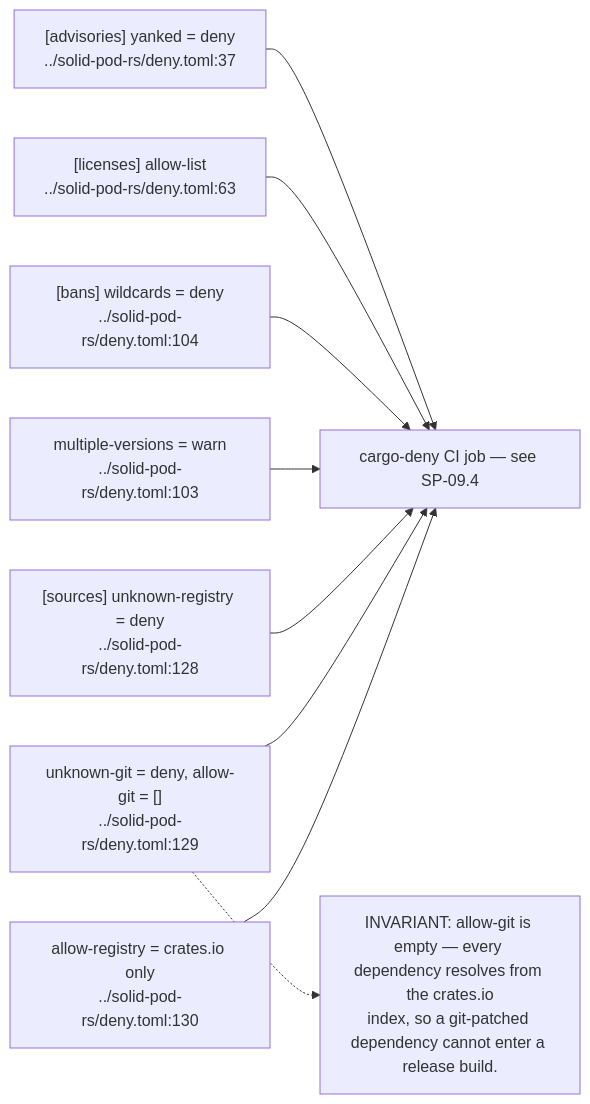
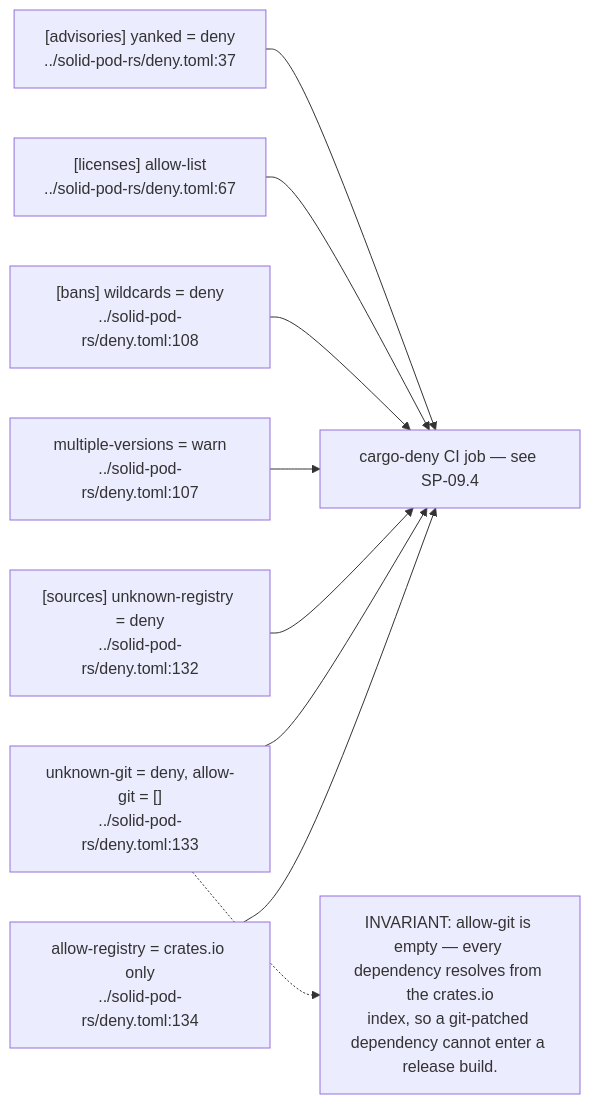
Before and after one commit to DreamLab-AI/VisionFlow: the tenth of 12 diagrams in docs/diagrams/solid-pod-rs/01-workspace-composition.md, drawn with Mermaid. The commit also changed other lines of this file and 136 other files, not shown here.

First line of the commit message:
docs(diagrams): refresh the whole corpus to code HEAD and prune low-value diagrams

````diff
--- a/docs/diagrams/solid-pod-rs/01-workspace-composition.md
+++ b/docs/diagrams/solid-pod-rs/01-workspace-composition.md
@@ -304,21 +277,21 @@
 ```mermaid
 flowchart LR
     ADV["[advisories] yanked = deny<br/>../solid-pod-rs/deny.toml:37"]
-    LIC["[licenses] allow-list<br/>../solid-pod-rs/deny.toml:63"]
-    BANS["[bans] wildcards = deny<br/>../solid-pod-rs/deny.toml:104"]
-    MULTI["multiple-versions = warn<br/>../solid-pod-rs/deny.toml:103"]
-    SRC["[sources] unknown-registry = deny<br/>../solid-pod-rs/deny.toml:128"]
-    GITS["unknown-git = deny, allow-git = []<br/>../solid-pod-rs/deny.toml:129"]
-    REG["allow-registry = crates.io only<br/>../solid-pod-rs/deny.toml:130"]
+    LIC["[licenses] allow-list<br/>../solid-pod-rs/deny.toml:67"]
+    BANS["[bans] wildcards = deny<br/>../solid-pod-rs/deny.toml:108"]
+    MULTI["multiple-versions = warn<br/>../solid-pod-rs/deny.toml:107"]
+    SRC["[sources] unknown-registry = deny<br/>../solid-pod-rs/deny.toml:132"]
+    GITS["unknown-git = deny, allow-git = []<br/>../solid-pod-rs/deny.toml:133"]
+    REG["allow-registry = crates.io only<br/>../solid-pod-rs/deny.toml:134"]
 
     ADV --> OUT["cargo-deny CI job — see SP-09.4"]
     LIC --> OUT
     BANS --> OUT
     MULTI --> OUT
     SRC --> OUT
     GITS --> OUT
     REG --> OUT
 
     N["INVARIANT: allow-git is empty — every dependency resolves from the crates.io<br/>index, so a git-patched dependency cannot enter a release build."]
     GITS -.-> N
 ```
````
